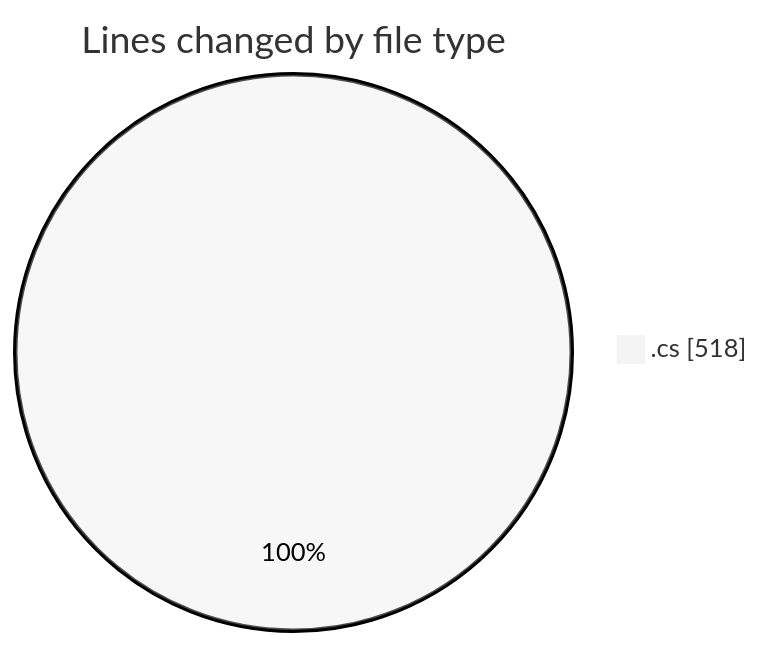
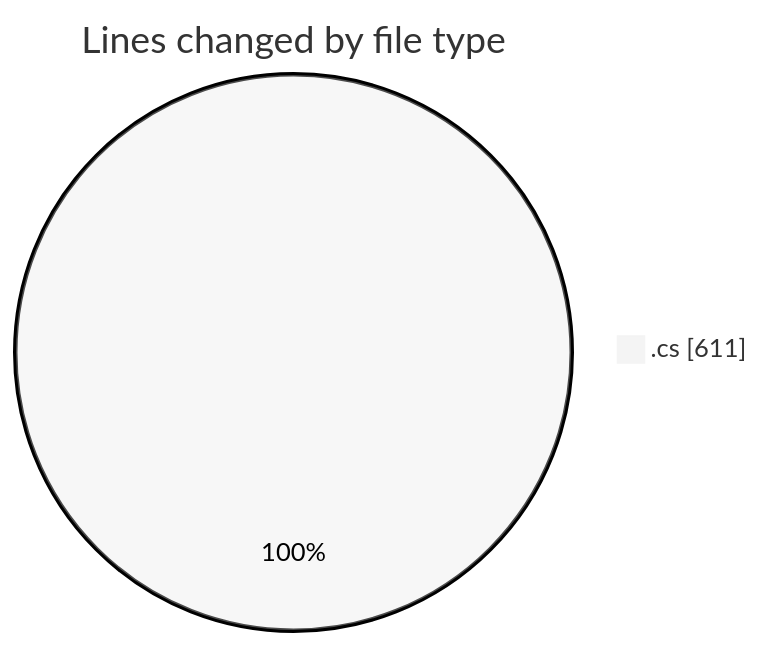
One commit to Netris89/code-tracking changed the first of 2 diagrams in 2025-04-03/back-end/README.md. Above: the diagram before and after it, drawn with Mermaid (neutral theme). The commit also changed other lines of this file and 1 other file, not shown here.

````diff
--- a/2025-04-03/back-end/README.md
+++ b/2025-04-03/back-end/README.md
@@ -21,5 +22,5 @@
 ```mermaid
 pie showData
 title Lines changed by file type
-".cs" : 518
+".cs" : 611
 ```
````
